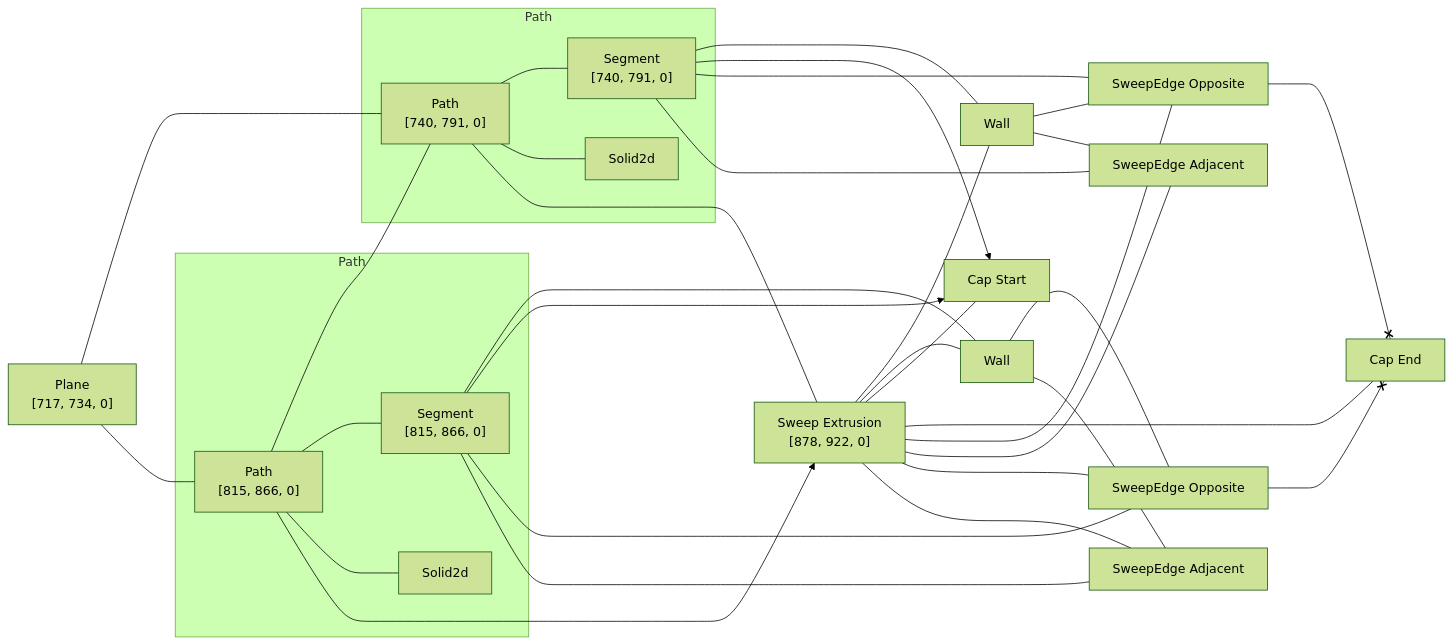
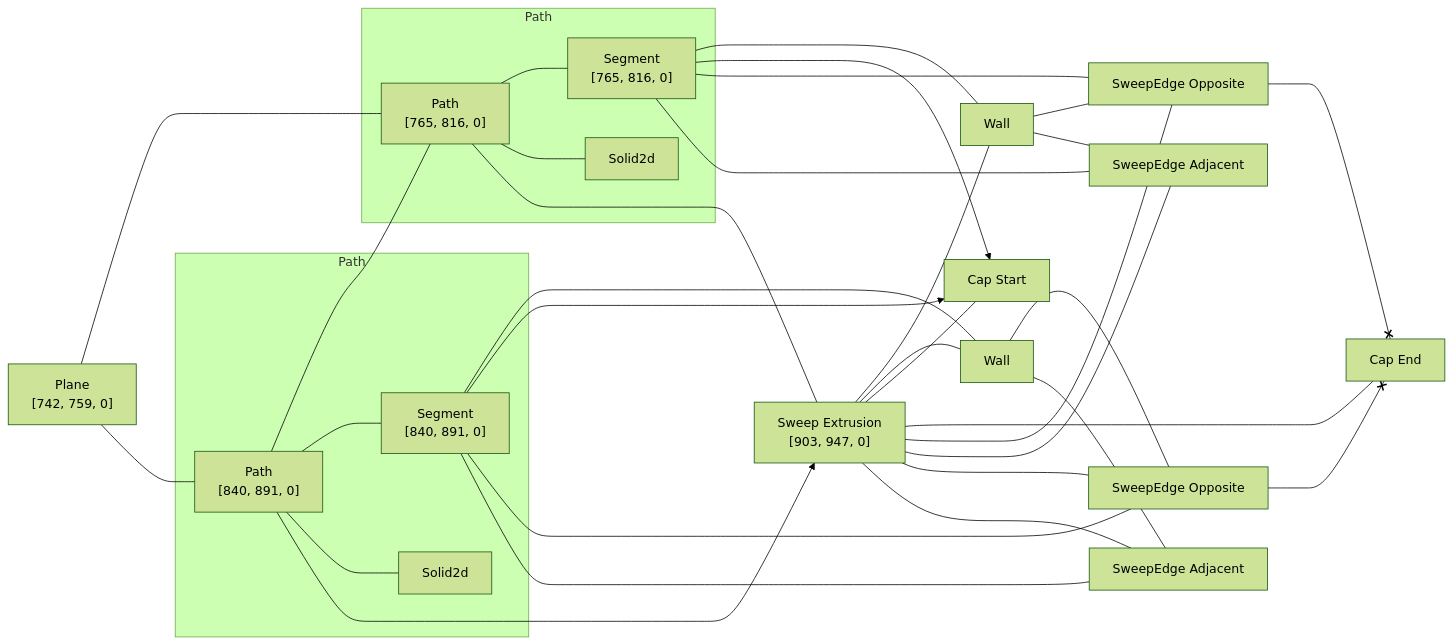
Before and after one commit to KittyCAD/modeling-app: the diagram in rust/kcl-lib/tests/kcl_samples/washer/artifact_graph_flowchart.snap.md, drawn with Mermaid (forest theme). The commit also changed 319 other files, not shown here.

````diff
--- a/rust/kcl-lib/tests/kcl_samples/washer/artifact_graph_flowchart.snap.md
+++ b/rust/kcl-lib/tests/kcl_samples/washer/artifact_graph_flowchart.snap.md
@@ -1,64 +1,64 @@
 ```mermaid
 flowchart LR
   subgraph path2 [Path]
-    2["Path<br>[740, 791, 0]"]
+    2["Path<br>[765, 816, 0]"]
       %% [ProgramBodyItem { index: 5 }, VariableDeclarationDeclaration, VariableDeclarationInit, PipeBodyItem { index: 1 }]
-    3["Segment<br>[740, 791, 0]"]
+    3["Segment<br>[765, 816, 0]"]
       %% [ProgramBodyItem { index: 5 }, VariableDeclarationDeclaration, VariableDeclarationInit, PipeBodyItem { index: 1 }]
     4[Solid2d]
   end
   subgraph path5 [Path]
-    5["Path<br>[815, 866, 0]"]
+    5["Path<br>[840, 891, 0]"]
       %% [ProgramBodyItem { index: 5 }, VariableDeclarationDeclaration, VariableDeclarationInit, PipeBodyItem { index: 2 }, CallKwArg { index: 0 }]
-    6["Segment<br>[815, 866, 0]"]
+    6["Segment<br>[840, 891, 0]"]
       %% [ProgramBodyItem { index: 5 }, VariableDeclarationDeclaration, VariableDeclarationInit, PipeBodyItem { index: 2 }, CallKwArg { index: 0 }]
     7[Solid2d]
   end
-  1["Plane<br>[717, 734, 0]"]
+  1["Plane<br>[742, 759, 0]"]
     %% [ProgramBodyItem { index: 5 }, VariableDeclarationDeclaration, VariableDeclarationInit, PipeBodyItem { index: 0 }]
-  8["Sweep Extrusion<br>[878, 922, 0]"]
+  8["Sweep Extrusion<br>[903, 947, 0]"]
     %% [ProgramBodyItem { index: 6 }, VariableDeclarationDeclaration, VariableDeclarationInit]
   9[Wall]
     %% face_code_ref=Missing NodePath
   10[Wall]
     %% face_code_ref=Missing NodePath
   11["Cap Start"]
     %% face_code_ref=Missing NodePath
   12["Cap End"]
     %% face_code_ref=Missing NodePath
   13["SweepEdge Opposite"]
   14["SweepEdge Adjacent"]
   15["SweepEdge Opposite"]
   16["SweepEdge Adjacent"]
   1 --- 2
   1 --- 5
   2 --- 3
   2 --- 4
   5 --- 2
   2 ---- 8
   3 --- 9
   3 x--> 11
   3 --- 13
   3 --- 14
   5 --- 6
   5 --- 7
   5 x---> 8
   6 --- 10
   6 x--> 11
   6 --- 15
   6 --- 16
   8 --- 9
   8 --- 10
   8 --- 11
   8 --- 12
   8 --- 13
   8 --- 14
   8 --- 15
   8 --- 16
   9 --- 13
   9 --- 14
   10 --- 15
   10 --- 16
   13 <--x 12
   15 <--x 12
 ```
````
